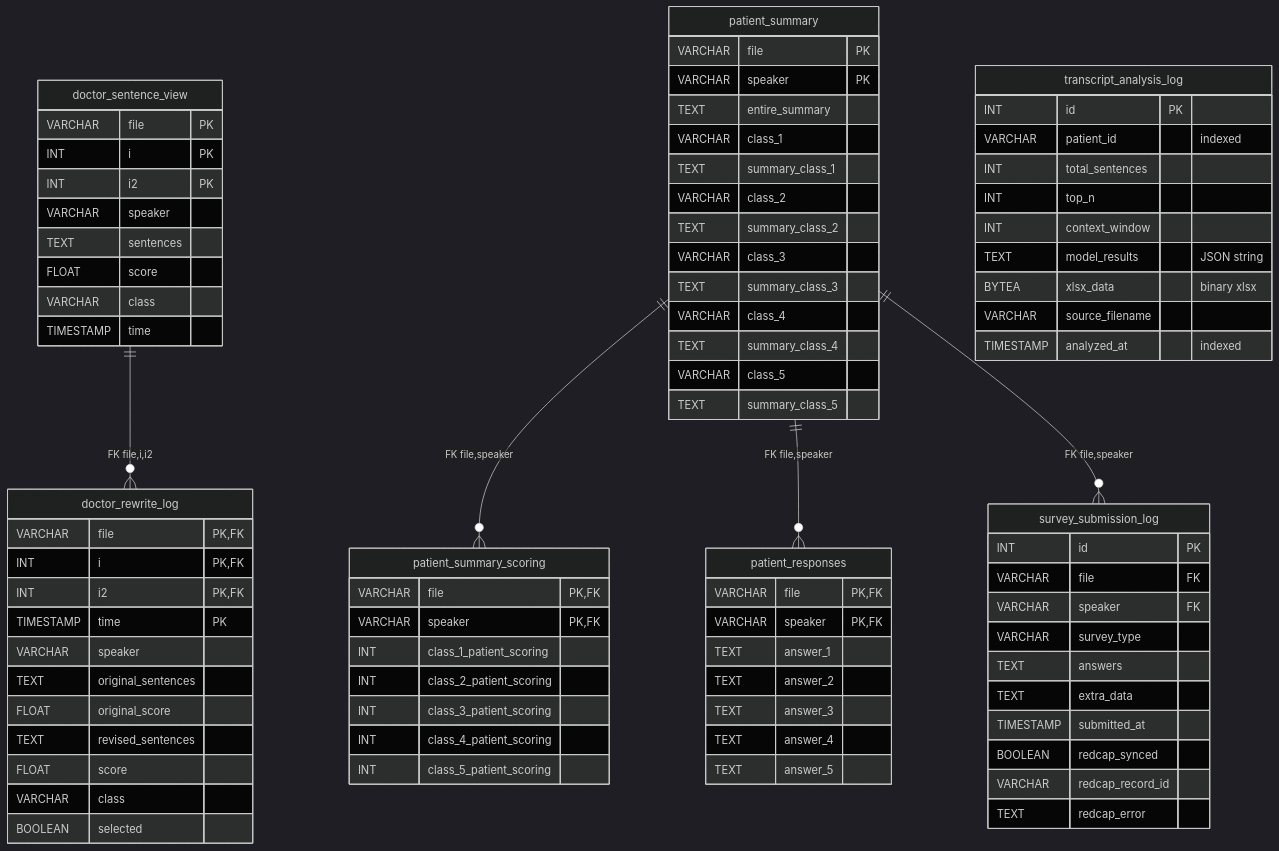
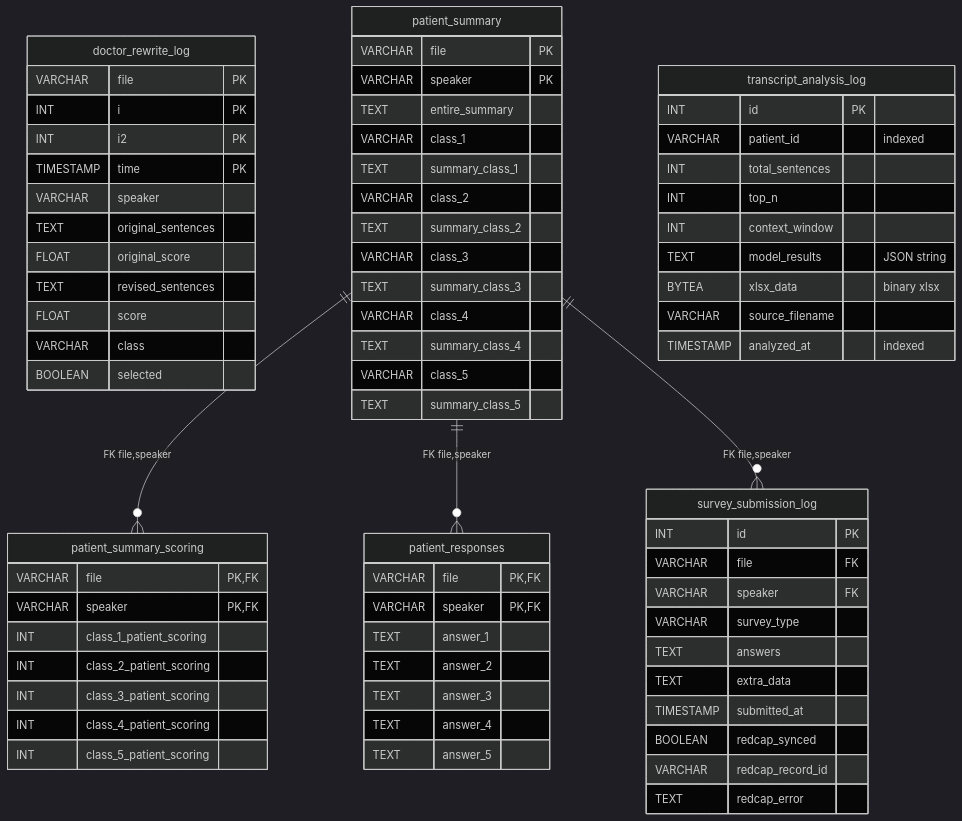
One commit to HyunjunA/Prostate_cancer_consultation changed the diagram in app/Backend/patient_doctor_interface_erd.mmd. Above: the diagram before and after it, drawn with Mermaid (dark theme). The commit also changed 18 other files, not shown here.

```diff
--- a/app/Backend/patient_doctor_interface_erd.mmd
+++ b/app/Backend/patient_doctor_interface_erd.mmd
@@ -1,113 +1,100 @@
 erDiagram
 
     %% ============================================
     %% Doctor Interface Tables
     %% ============================================
 
-    doctor_sentence_view {
+    doctor_rewrite_log {
         VARCHAR file PK
         INT i PK
         INT i2 PK
-        VARCHAR speaker
-        TEXT sentences
-        FLOAT score
-        VARCHAR class
-        TIMESTAMP time
-    }
-
-    doctor_rewrite_log {
-        VARCHAR file PK,FK
-        INT i PK,FK
-        INT i2 PK,FK
         TIMESTAMP time PK
         VARCHAR speaker
         TEXT original_sentences
         FLOAT original_score
         TEXT revised_sentences
         FLOAT score
         VARCHAR class
         BOOLEAN selected
     }
-
-    doctor_sentence_view ||--o{ doctor_rewrite_log : "FK file,i,i2"
 
 
     %% ============================================
     %% Patient Interface Tables
     %% ============================================
 
     patient_summary {
         VARCHAR file PK
         VARCHAR speaker PK
         TEXT entire_summary
         VARCHAR class_1
         TEXT summary_class_1
         VARCHAR class_2
         TEXT summary_class_2
         VARCHAR class_3
         TEXT summary_class_3
         VARCHAR class_4
         TEXT summary_class_4
         VARCHAR class_5
         TEXT summary_class_5
     }
 
     patient_summary_scoring {
         VARCHAR file PK,FK
         VARCHAR speaker PK,FK
         INT class_1_patient_scoring
         INT class_2_patient_scoring
         INT class_3_patient_scoring
         INT class_4_patient_scoring
         INT class_5_patient_scoring
     }
 
     patient_responses {
         VARCHAR file PK,FK
         VARCHAR speaker PK,FK
         TEXT answer_1
         TEXT answer_2
         TEXT answer_3
         TEXT answer_4
         TEXT answer_5
     }
 
     patient_summary ||--o{ patient_summary_scoring : "FK file,speaker"
     patient_summary ||--o{ patient_responses : "FK file,speaker"
 
 
     %% ============================================
     %% Survey Submission Tables
     %% ============================================
 
     survey_submission_log {
         INT id PK
         VARCHAR file FK
         VARCHAR speaker FK
         VARCHAR survey_type
         TEXT answers
         TEXT extra_data
         TIMESTAMP submitted_at
         BOOLEAN redcap_synced
         VARCHAR redcap_record_id
         TEXT redcap_error
     }
 
     patient_summary ||--o{ survey_submission_log : "FK file,speaker"
 
 
     %% ============================================
     %% Transcript Analysis Log (ML Pipeline Results)
     %% ============================================
 
     transcript_analysis_log {
         INT id PK
         VARCHAR patient_id "indexed"
         INT total_sentences
         INT top_n
         INT context_window
         TEXT model_results "JSON string"
         BYTEA xlsx_data "binary xlsx"
         VARCHAR source_filename
         TIMESTAMP analyzed_at "indexed"
     }
```
